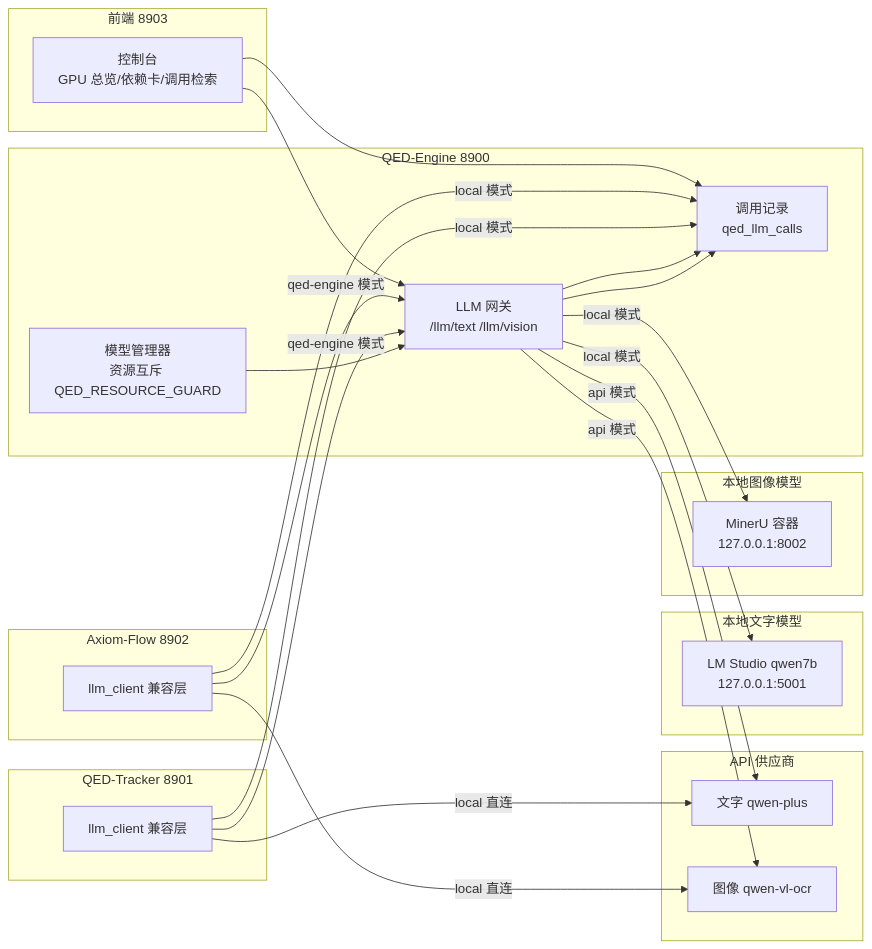
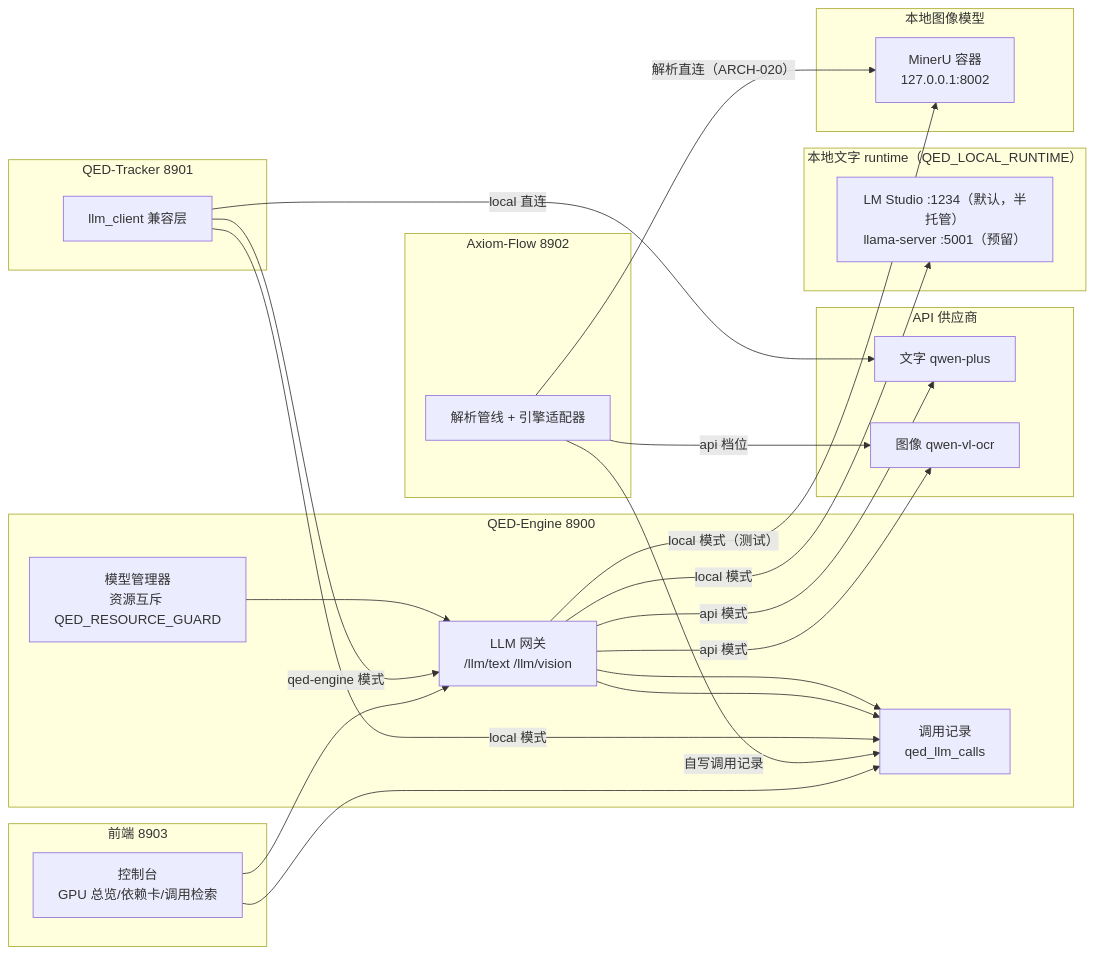
The diagram in docs/design/llm-gateway.md (swfswf1234/QED-Engine), drawn with Mermaid before and after one commit. The commit also changed other lines of this file and 71 other files, not shown here.

````diff
--- a/docs/design/llm-gateway.md
+++ b/docs/design/llm-gateway.md
@@ -33,42 +45,42 @@
 ```mermaid
 flowchart LR
     subgraph QEDEngine[QED-Engine 8900]
         GW[LLM 网关<br/>/llm/text /llm/vision]
         MM[模型管理器<br/>资源互斥 QED_RESOURCE_GUARD]
         CL[调用记录<br/>qed_llm_calls]
         MM --> GW
         GW --> CL
     end
-    subgraph LocalText[本地文字模型]
-        LMS[LM Studio qwen7b<br/>127.0.0.1:5001]
+    subgraph LocalText[本地文字 runtime（QED_LOCAL_RUNTIME）]
+        LMS[LM Studio :1234（默认，半托管）<br/>llama-server :5001（预留）]
     end
     subgraph LocalImage[本地图像模型]
         MRU[MinerU 容器<br/>127.0.0.1:8002]
     end
     subgraph API[API 供应商]
         APIT[文字 qwen-plus]
         APII[图像 qwen-vl-ocr]
     end
     subgraph Tracker[QED-Tracker 8901]
         TR[llm_client 兼容层]
     end
     subgraph Axiom[Axiom-Flow 8902]
-        AX[llm_client 兼容层]
+        AX[解析管线 + 引擎适配器]
     end
     subgraph FE[前端 8903]
         CON[控制台<br/>GPU 总览/依赖卡/调用检索]
     end
     GW -- api 模式 --> APIT
     GW -- api 模式 --> APII
     GW -- local 模式 --> LMS
-    GW -- local 模式 --> MRU
+    GW -- local 模式（测试） --> MRU
     TR -- local 直连 --> APIT
-    AX -- local 直连 --> APII
+    AX -- 解析直连（ARCH-020） --> MRU
+    AX -- api 档位 --> APII
     TR -- qed-engine 模式 --> GW
-    AX -- qed-engine 模式 --> GW
     GW --> CL
     TR -- local 模式 --> CL
-    AX -- local 模式 --> CL
+    AX -- 自写调用记录 --> CL
     CON --> GW
     CON --> CL
 ```
````
